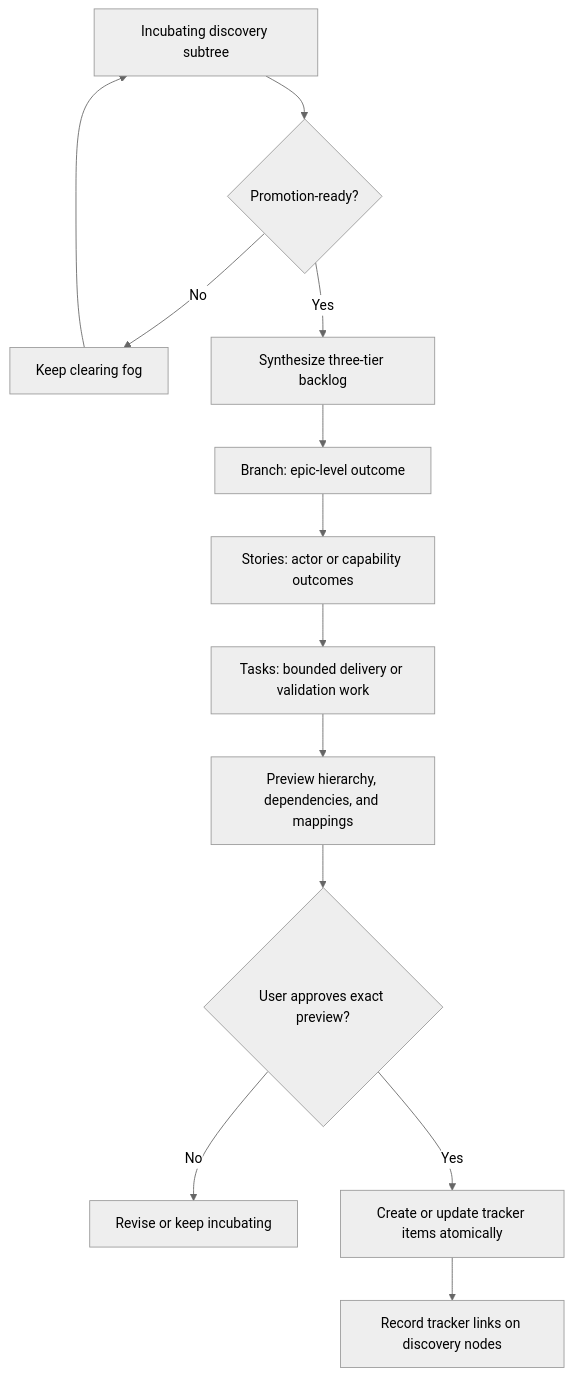
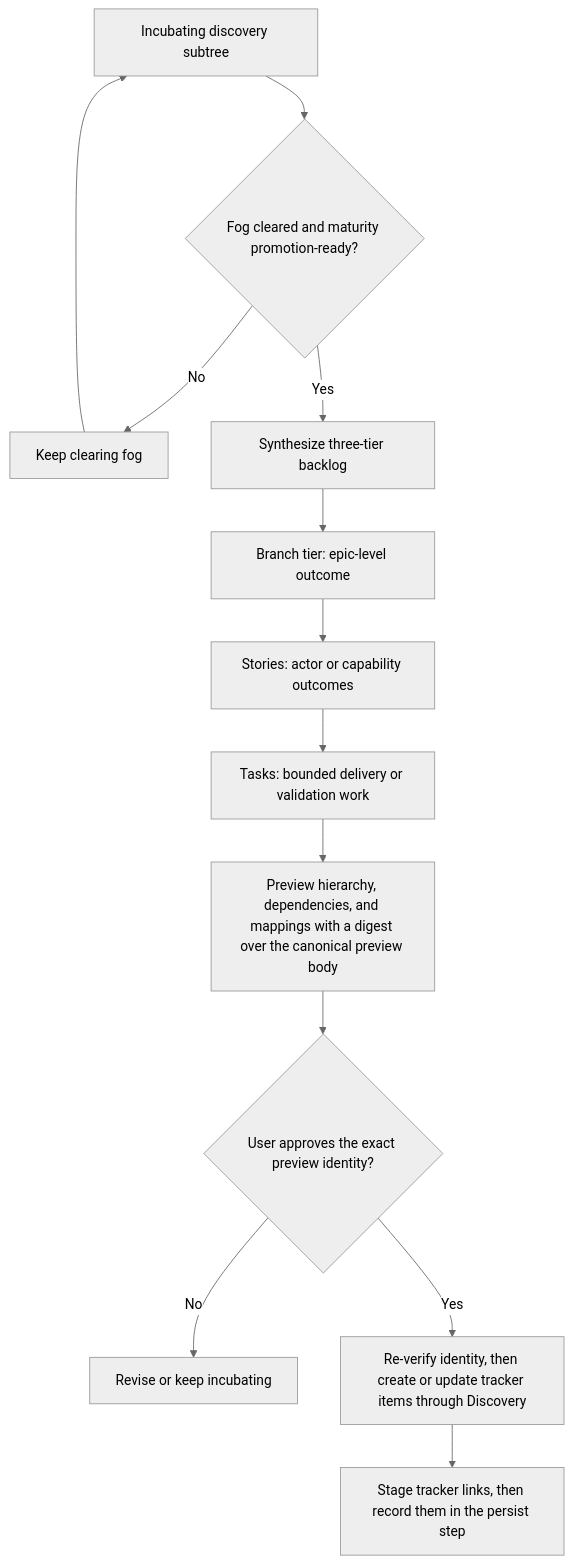
Before and after one commit to jdylanmc/skills: the tenth of 11 diagrams in skills/discovery-loop/README.md, drawn with Mermaid (neutral theme). The commit also changed other lines of this file and 16 other files, not shown here.

````diff
--- a/skills/discovery-loop/README.md
+++ b/skills/discovery-loop/README.md
@@ -415,15 +697,15 @@
 ```mermaid
 flowchart TD
-    A["Incubating discovery subtree"] --> B{"Promotion-ready?"}
+    A["Incubating discovery subtree"] --> B{"Fog cleared and maturity promotion-ready?"}
     B -->|No| C["Keep clearing fog"]
     C --> A
     B -->|Yes| D["Synthesize three-tier backlog"]
-    D --> E["Branch: epic-level outcome"]
+    D --> E["Branch tier: epic-level outcome"]
     E --> F["Stories: actor or capability outcomes"]
     F --> G["Tasks: bounded delivery or validation work"]
-    G --> H["Preview hierarchy, dependencies, and mappings"]
-    H --> I{"User approves exact preview?"}
+    G --> H["Preview hierarchy, dependencies, and mappings with a digest over the canonical preview body"]
+    H --> I{"User approves the exact preview identity?"}
     I -->|No| J["Revise or keep incubating"]
-    I -->|Yes| K["Create or update tracker items atomically"]
-    K --> L["Record tracker links on discovery nodes"]
+    I -->|Yes| K["Re-verify identity, then create or update tracker items through Discovery"]
+    K --> L["Stage tracker links, then record them in the persist step"]
 ```
````
